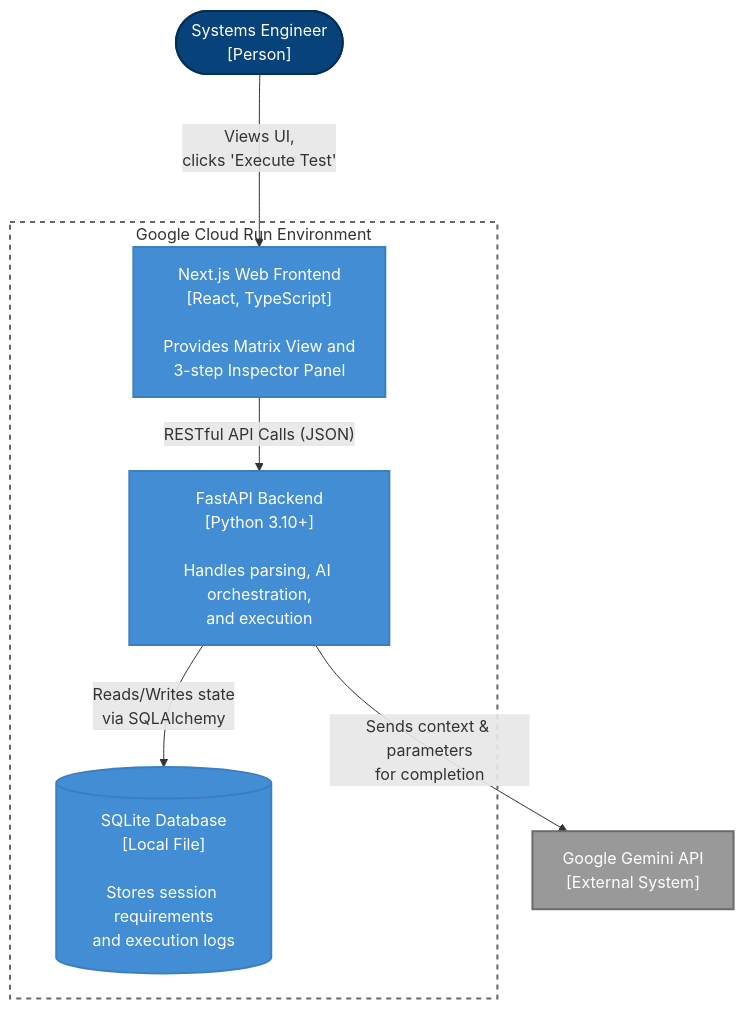
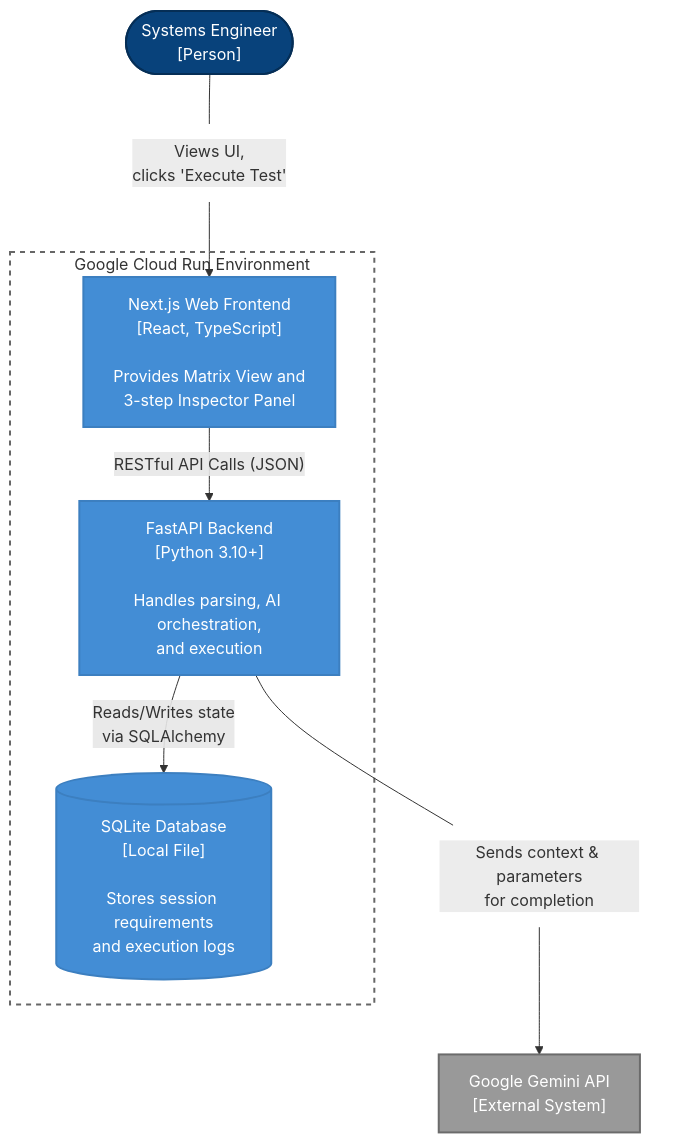
One commit to camirian/agentic-systems-verifier changed the second of 3 diagrams in ARCHITECTURE.md. Above: the diagram before and after it, drawn with Mermaid. The commit also changed other lines of this file, not shown here.

Commit message:
docs: Change boundary-crossing edges to explicit label nodes to guarantee no subgraph overlap

````diff
--- a/ARCHITECTURE.md
+++ b/ARCHITECTURE.md
@@ -30,23 +30,26 @@
 ```mermaid
 flowchart TD
     classDef person fill:#08427b,color:#fff,stroke:#052e56,stroke-width:2px
     classDef container fill:#438dd5,color:#fff,stroke:#3c7fc0,stroke-width:2px
     classDef ext_system fill:#999999,color:#fff,stroke:#6b6b6b,stroke-width:2px
     classDef db fill:#438dd5,color:#fff,stroke:#3c7fc0,stroke-width:2px
+    classDef edgeLabel fill:none,stroke:none
 
     SysEng(["Systems Engineer<br>[Person]"]):::person
     GeminiAPI["Google Gemini API<br>[External System]"]:::ext_system
 
     subgraph CloudRun ["Google Cloud Run Environment"]
         Frontend["Next.js Web Frontend<br>[React, TypeScript]<br><br>Provides Matrix View and<br>3-step Inspector Panel"]:::container
         Backend["FastAPI Backend<br>[Python 3.10+]<br><br>Handles parsing, AI orchestration,<br>and execution"]:::container
         Database[("SQLite Database<br>[Local File]<br><br>Stores session requirements<br>and execution logs")]:::db
     end
 
-    SysEng --->|"Views UI,<br>clicks 'Execute Test'"| Frontend
+    SysEng --- Rel1["Views UI,<br>clicks 'Execute Test'"]:::edgeLabel
+    Rel1 --> Frontend
     Frontend -->|"RESTful API Calls (JSON)"| Backend
     Backend -->|"Reads/Writes state<br>via SQLAlchemy"| Database
-    Backend -->|"Sends context & parameters<br>for completion"| GeminiAPI
+    Backend --- Rel2["Sends context & parameters<br>for completion"]:::edgeLabel
+    Rel2 --> GeminiAPI
     
     style CloudRun fill:none,stroke:#666,stroke-width:2px,stroke-dasharray: 5 5
 ```
````
